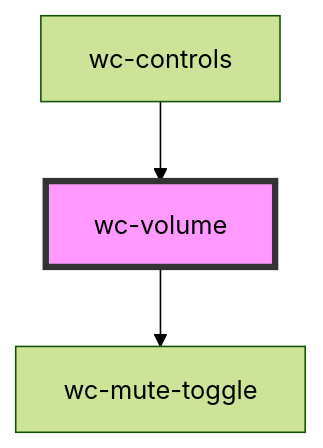
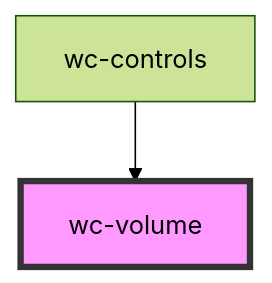
The diagram in packages/wcplayer-components/src/components/wc-volume/readme.md (iChengbo/wcplayer), drawn with Mermaid (forest theme) before and after one commit. The commit also changed other lines of this file and 7 other files, not shown here.

Commit message:
fix(wc-mute-toggle): triggers two click events

````diff
--- a/packages/wcplayer-components/src/components/wc-volume/readme.md
+++ b/packages/wcplayer-components/src/components/wc-volume/readme.md
@@ -36,6 +31,5 @@
 ```mermaid
 graph TD;
-  wc-volume --> wc-mute-toggle
   wc-controls --> wc-volume
   style wc-volume fill:#f9f,stroke:#333,stroke-width:4px
 ```
````
